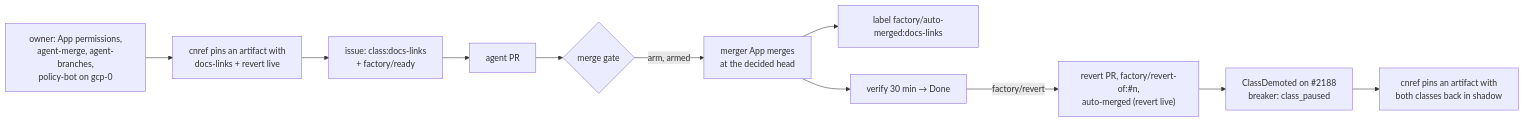
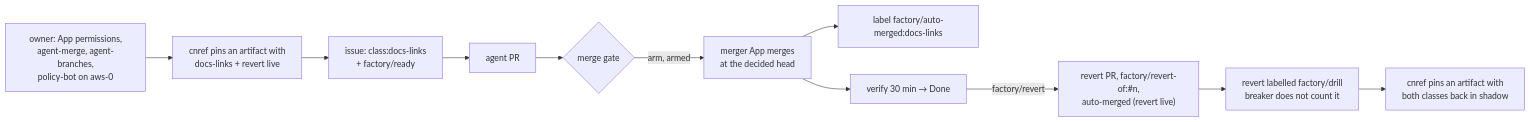
One commit to Smana/ai-native-ref changed the diagram in docs/runbooks/agent-factory/12-live-auto-merge-drill.md. Above: the diagram before and after it, drawn with Mermaid. The commit also changed other lines of this file and 24 other files, not shown here.

First line of the commit message:
feat(agent-factory): adopt the merge gate's human path (dashboards, alert, runbook 12, fence to aws-0) (#237)

````diff
--- a/docs/runbooks/agent-factory/12-live-auto-merge-drill.md
+++ b/docs/runbooks/agent-factory/12-live-auto-merge-drill.md
@@ -74,12 +77,12 @@
 ```mermaid
 flowchart LR
-  gh["owner: App permissions,<br/>agent-merge, agent-branches,<br/>policy-bot on gcp-0"] --> pin["cnref pins an artifact with<br/>docs-links + revert live"]
+  gh["owner: App permissions,<br/>agent-merge, agent-branches,<br/>policy-bot on aws-0"] --> pin["cnref pins an artifact with<br/>docs-links + revert live"]
   pin --> issue["issue: class:docs-links<br/>+ factory/ready"]
   issue --> pr["agent PR"] --> gate{"merge gate"}
   gate -->|"arm, armed"| merge["merger App merges<br/>at the decided head"]
   merge --> lbl["label factory/auto-merged:docs-links"]
   merge --> verify["verify 30 min → Done"]
   verify -->|"factory/revert"| rv["revert PR, factory/revert-of:#n,<br/>auto-merged (revert live)"]
-  rv --> demoted["ClassDemoted on #2188<br/>breaker: class_paused"]
+  rv --> demoted["revert labelled factory/drill<br/>breaker does not count it"]
   demoted --> back["cnref pins an artifact with<br/>both classes back in shadow"]
 ```
````
